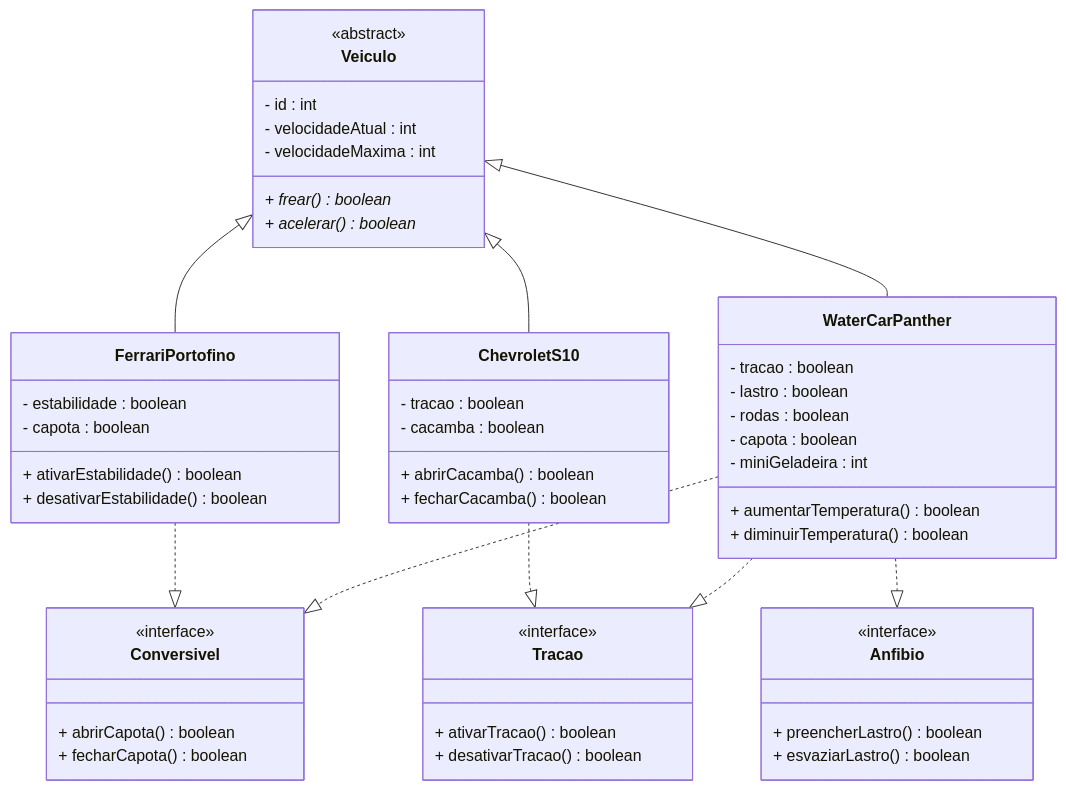
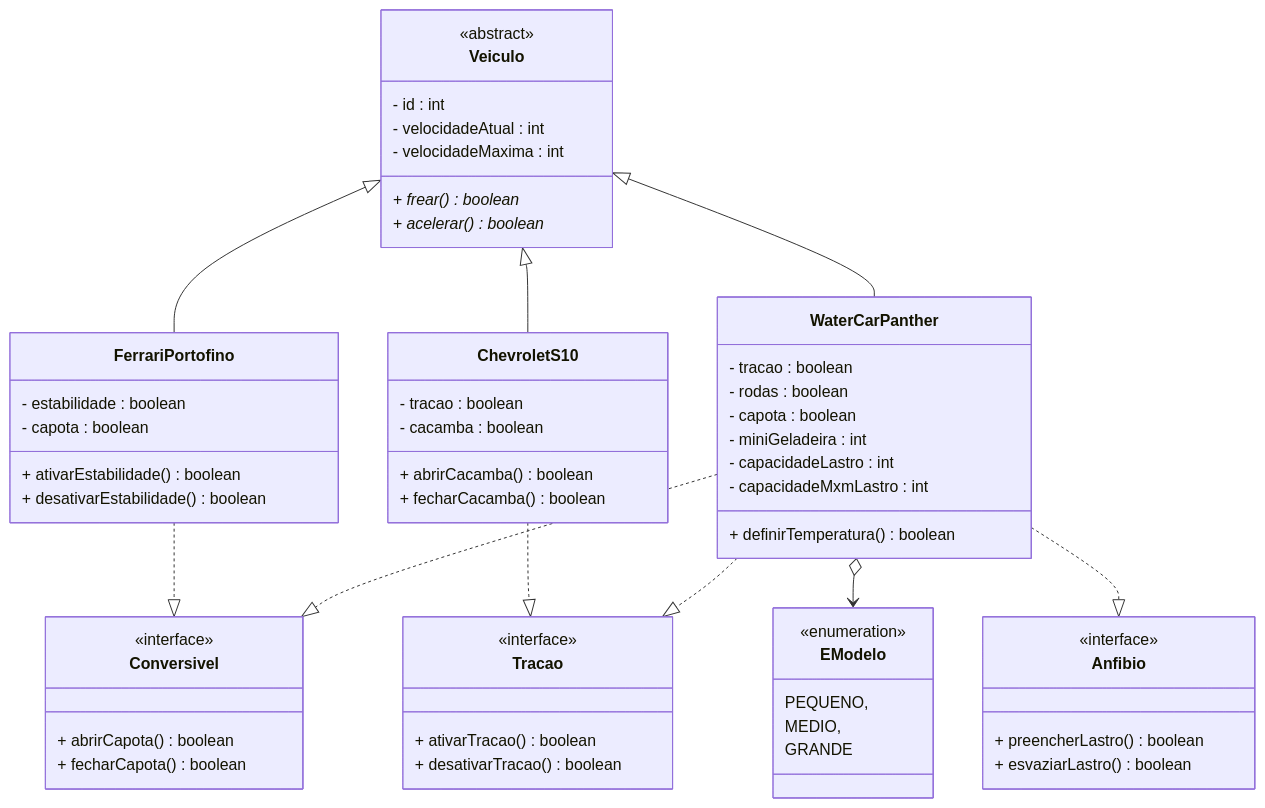
Before and after one commit to thesimas/ads-poo-2026: the diagram in laboratorios/lab-06/exercicio/README.md, drawn with Mermaid. The commit also changed 3 other files, not shown here.

````diff
--- a/laboratorios/lab-06/exercicio/README.md
+++ b/laboratorios/lab-06/exercicio/README.md
@@ -8,66 +8,74 @@
 ```mermaid
 classDiagram
     class Veiculo {
         <<abstract>>
         - id : int
         - velocidadeAtual : int
         - velocidadeMaxima : int
         + frear() boolean*
         + acelerar() boolean*
     }
     
     class Anfibio {
         <<interface>>
         + preencherLastro() boolean
         + esvaziarLastro() boolean
     }
     
     class Conversivel {
         <<interface>>
         + abrirCapota() boolean
         + fecharCapota() boolean
     }
     
     class Tracao {
         <<interface>>
         + ativarTracao() boolean
         + desativarTracao() boolean
     }
     
     class FerrariPortofino {
         - estabilidade : boolean
         - capota : boolean
         + ativarEstabilidade () boolean
         + desativarEstabilidade () boolean
     }
     
     class ChevroletS10 {
         - tracao : boolean
         - cacamba : boolean
         + abrirCacamba() boolean
         + fecharCacamba() boolean
     }
     
     class WaterCarPanther {
         - tracao : boolean
-        - lastro : boolean
         - rodas : boolean
         - capota : boolean
         - miniGeladeira : int
-        + aumentarTemperatura() boolean
-        + diminuirTemperatura() boolean
+        - capacidadeLastro : int
+        - capacidadeMxmLastro : int
+        + definirTemperatura() boolean
+    }
+    
+    class EModelo {
+        <<enumeration>>
+        PEQUENO,
+        MEDIO,
+        GRANDE
     }
     
     Veiculo <|-- FerrariPortofino
     Veiculo <|-- ChevroletS10
     Veiculo <|-- WaterCarPanther
     
     FerrariPortofino ..|> Conversivel
     
     ChevroletS10 ..|> Tracao
     
+    WaterCarPanther o--> EModelo
     WaterCarPanther ..|> Anfibio
     WaterCarPanther ..|> Conversivel
     WaterCarPanther ..|> Tracao
 
 ```
````
